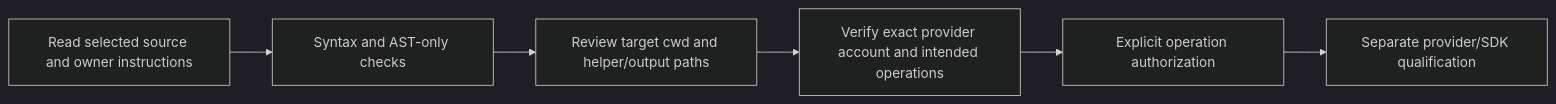
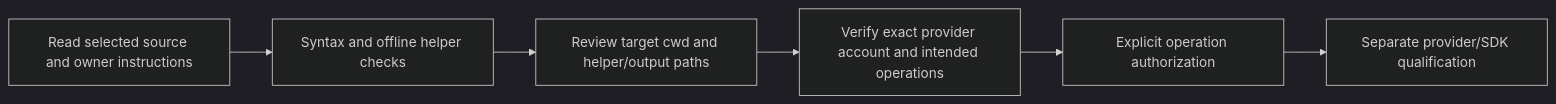
One commit to jckail/goPilot changed the diagram in docs/developer/cli.mdx. Above: the diagram before and after it, drawn with Mermaid (dark theme). The commit also changed other lines of this file and 1 other file, not shown here.

Commit message:
docs: clarify offline helper verification and shared gate

````diff
--- a/docs/developer/cli.mdx
+++ b/docs/developer/cli.mdx
@@ -20,8 +20,8 @@
 ```mermaid
 flowchart LR
-  Source[Read selected source and owner instructions] --> Static[Syntax and AST-only checks]
+  Source[Read selected source and owner instructions] --> Static[Syntax and offline helper checks]
   Static --> Paths[Review target cwd and helper/output paths]
   Paths --> Account[Verify exact provider account and intended operations]
   Account --> Authorization[Explicit operation authorization]
   Authorization --> Runtime[Separate provider/SDK qualification]
 ```
````
